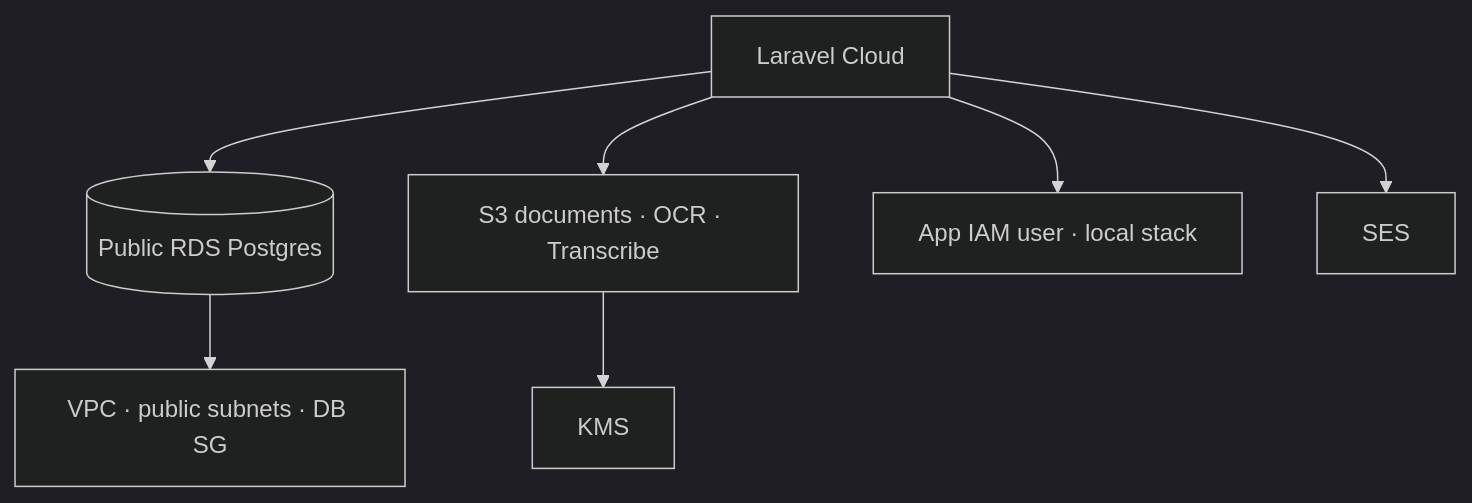
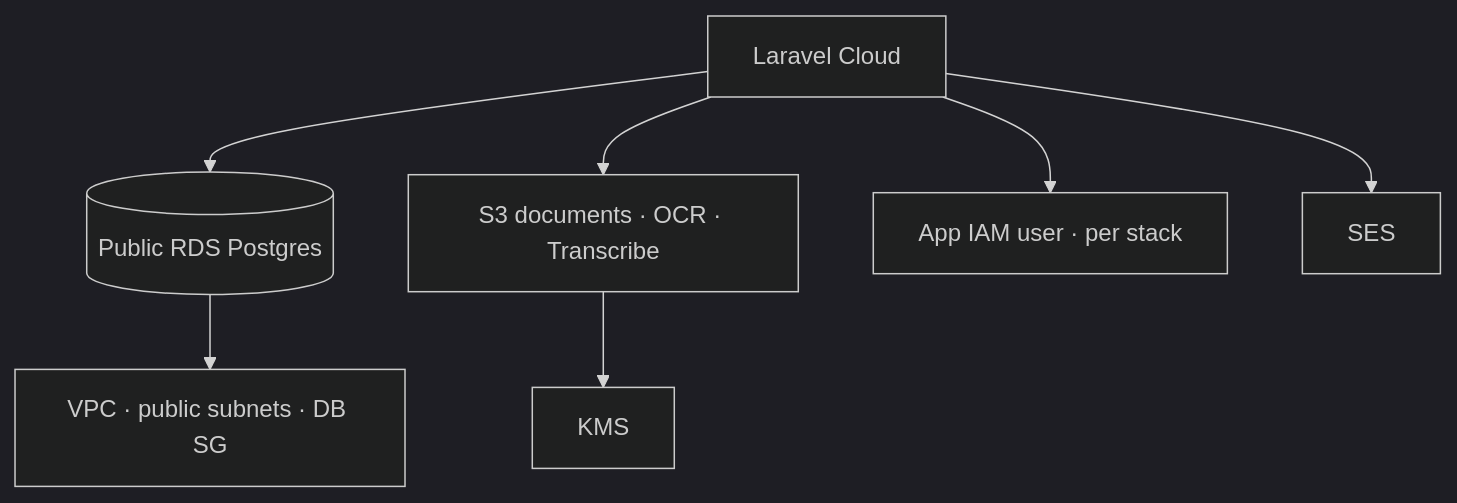
One commit to NielsvanHoof/kadans changed the diagram in apps/platform/infra/README.md. Above: the diagram before and after it, drawn with Mermaid (dark theme). The commit also changed other lines of this file and 41 other files, not shown here.

````diff
--- a/apps/platform/infra/README.md
+++ b/apps/platform/infra/README.md
@@ -49,9 +53,9 @@
 ```mermaid
 flowchart TB
   Cloud[Laravel Cloud] --> RDS[(Public RDS Postgres)]
   Cloud --> Docs[S3 documents · OCR · Transcribe]
-  Cloud --> IAM[App IAM user · local stack]
+  Cloud --> IAM[App IAM user · per stack]
   Cloud --> SES[SES]
   Docs --> KMS[KMS]
   RDS --> VPC[VPC · public subnets · DB SG]
 ```
````
